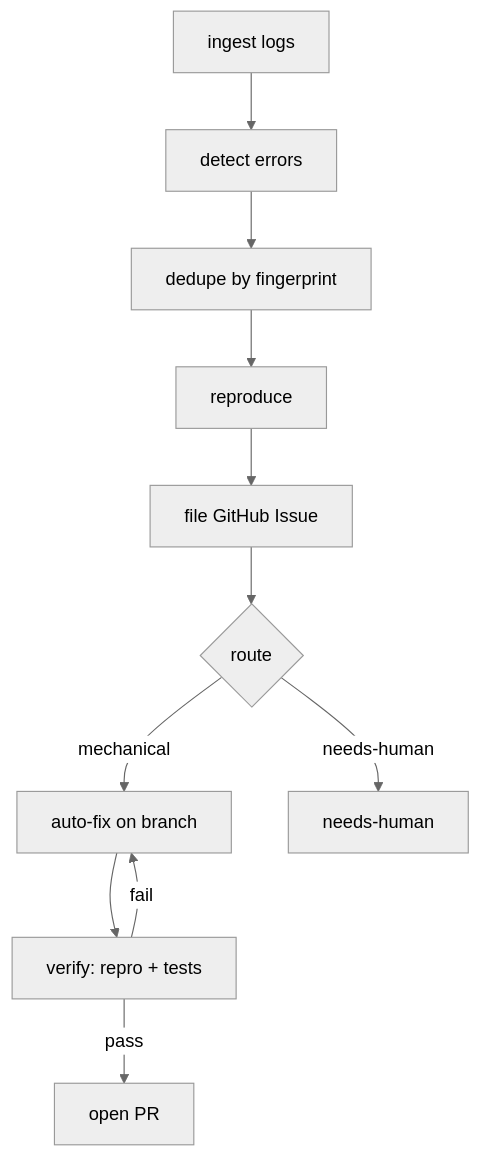
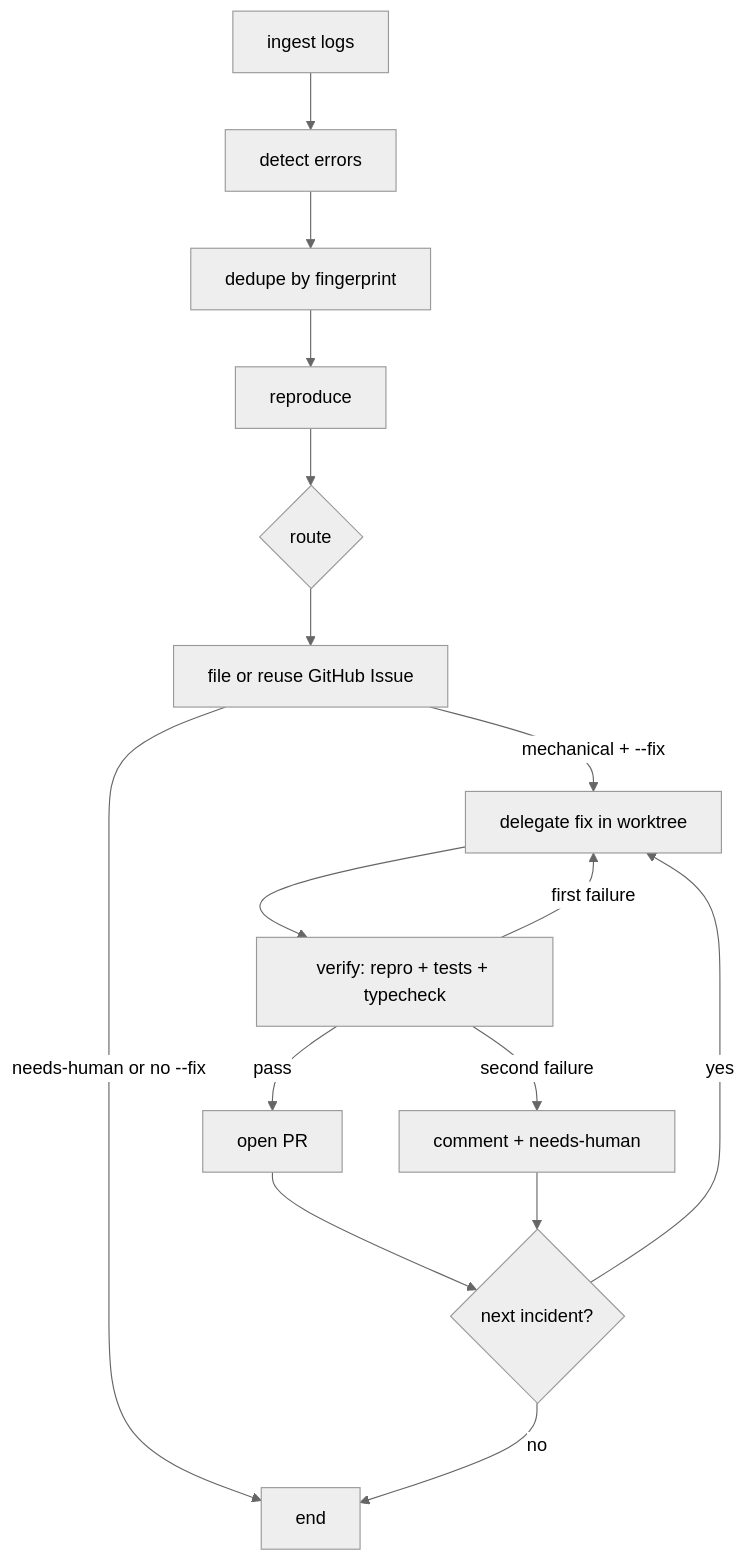
Before and after one commit to MichaelHabermas/bug-loop: the diagram in README.md, drawn with Mermaid (neutral theme). The commit also changed other lines of this file and 18 other files, not shown here.

Commit message:
Day 3: fix/verify cycle — worktree-isolated CodexFixer, repro+tests+typecheck verification, bounded retries, PR node

````diff
--- a/README.md
+++ b/README.md
@@ -9,13 +11,18 @@
 ```mermaid
 flowchart TD
   ingest[ingest logs] --> detect[detect errors]
   detect --> dedupe[dedupe by fingerprint]
   dedupe --> reproduce[reproduce]
-  reproduce --> ticket[file GitHub Issue]
-  ticket --> route{route}
-  route -->|mechanical| fix[auto-fix on branch]
-  route -->|needs-human| human[needs-human]
-  fix --> verify[verify: repro + tests]
+  reproduce --> route{route}
+  route --> ticket[file or reuse GitHub Issue]
+  ticket -->|mechanical + --fix| fix[delegate fix in worktree]
+  ticket -->|needs-human or no --fix| done[end]
+  fix --> verify[verify: repro + tests + typecheck]
   verify -->|pass| pr[open PR]
-  verify -->|fail| fix
+  verify -->|first failure| fix
+  verify -->|second failure| human[comment + needs-human]
+  pr --> next{next incident?}
+  human --> next
+  next -->|yes| fix
+  next -->|no| done
 ```
````
